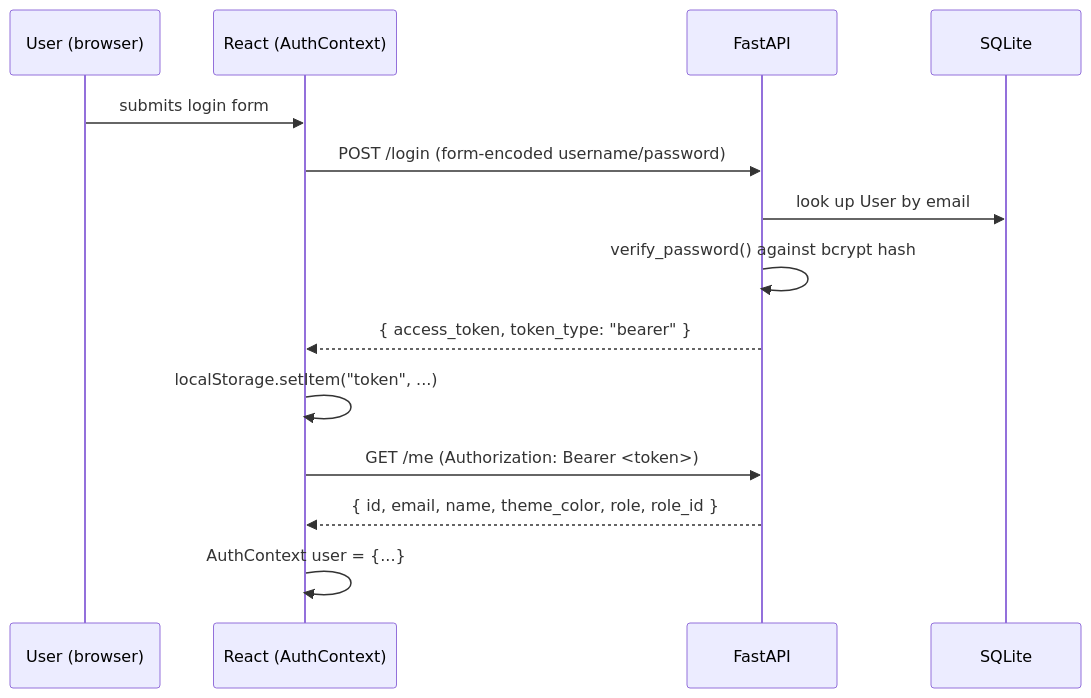
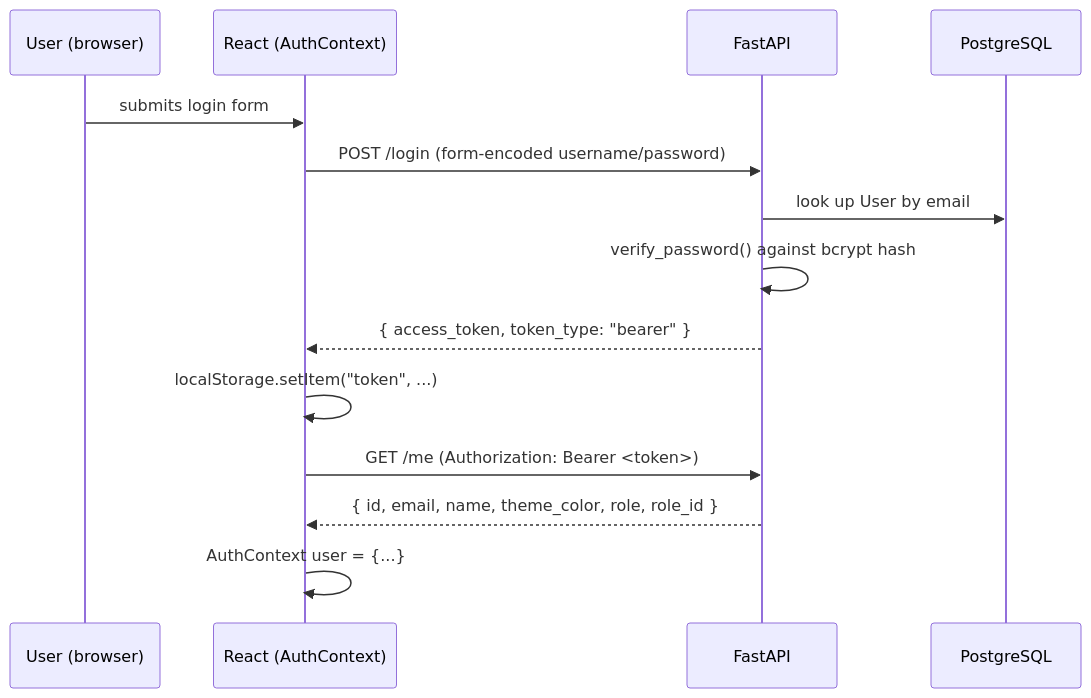
The second of 3 diagrams in docs/ARCHITECTURE.md (MarvinMosiCoder/vram-py), drawn with Mermaid before and after one commit. The commit also changed other lines of this file and 27 other files, not shown here.

````diff
--- a/docs/ARCHITECTURE.md
+++ b/docs/ARCHITECTURE.md
@@ -95,17 +176,17 @@
 ```mermaid
 sequenceDiagram
     participant U as User (browser)
     participant FE as React (AuthContext)
     participant BE as FastAPI
-    participant DB as SQLite
+    participant DB as PostgreSQL
 
     U->>FE: submits login form
     FE->>BE: POST /login (form-encoded username/password)
     BE->>DB: look up User by email
     BE->>BE: verify_password() against bcrypt hash
     BE-->>FE: { access_token, token_type: "bearer" }
     FE->>FE: localStorage.setItem("token", ...)
     FE->>BE: GET /me  (Authorization: Bearer <token>)
     BE-->>FE: { id, email, name, theme_color, role, role_id }
     FE->>FE: AuthContext user = {...}
 ```
````
